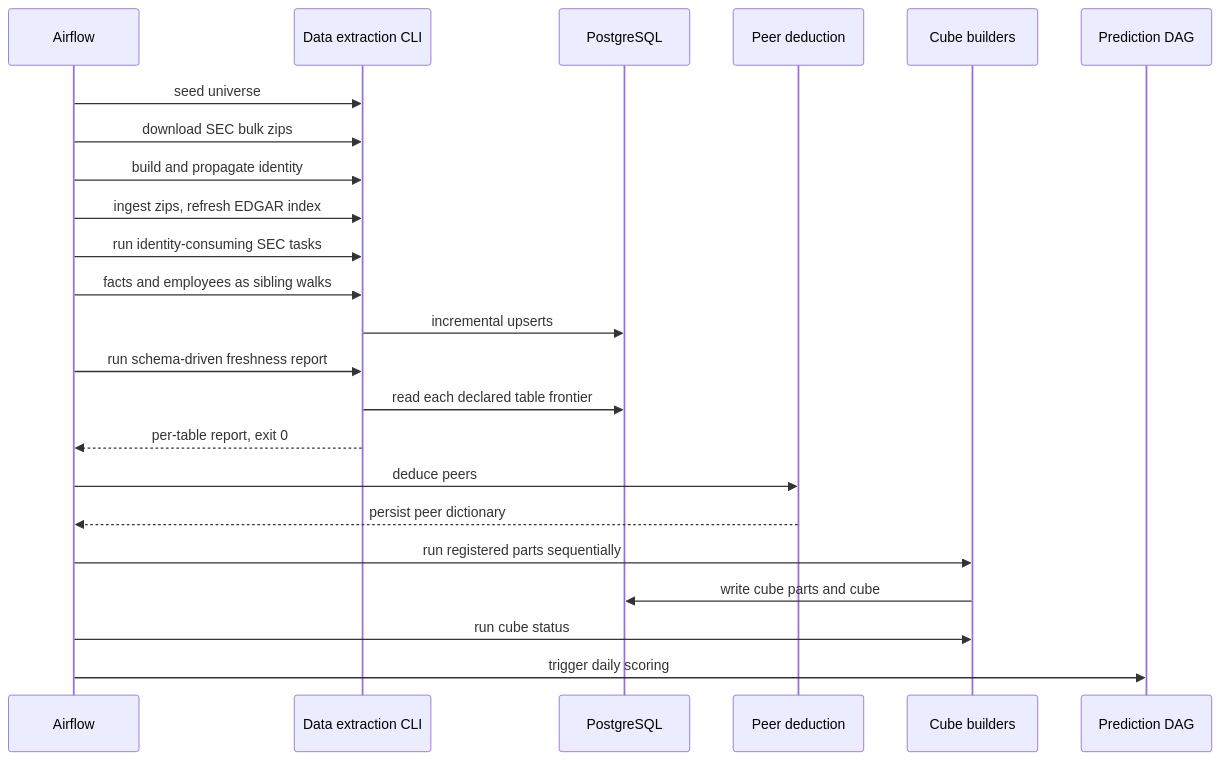
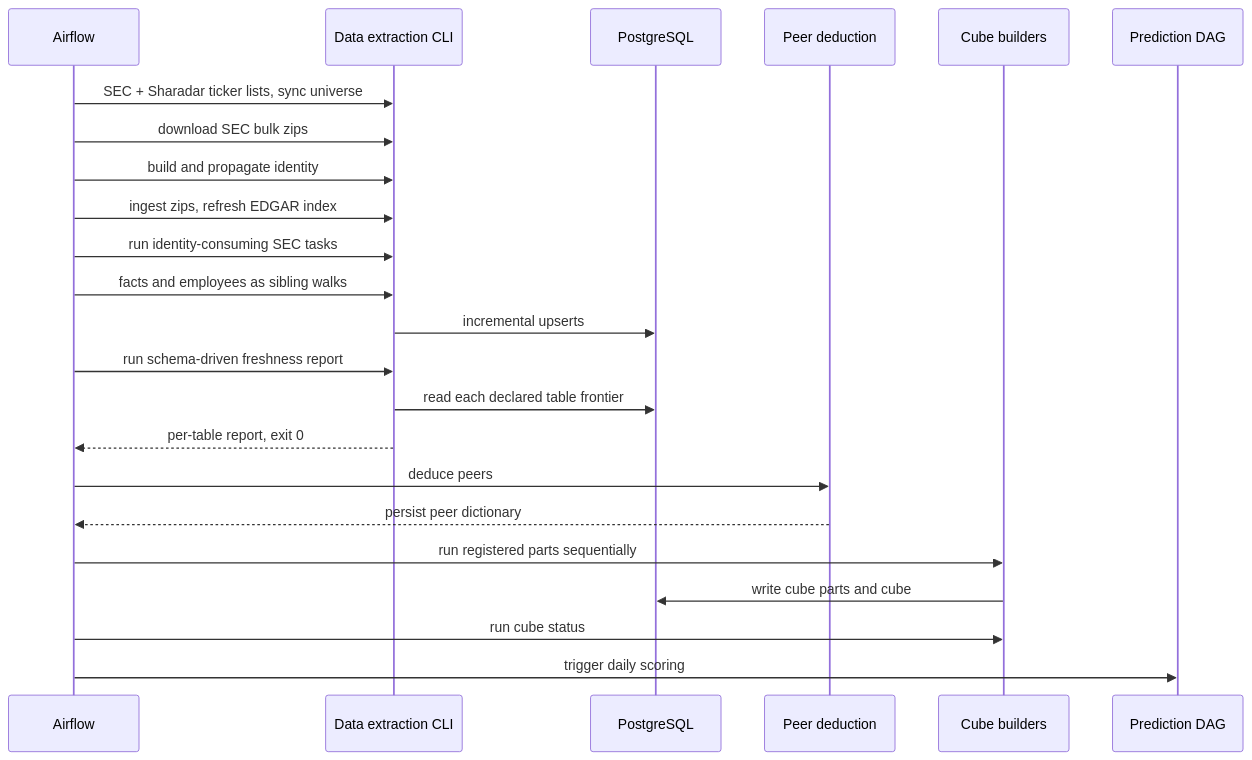
Before and after one commit to alexandredelarrard/PEA: the diagram in wiki/flows/nightly-data-refresh.md, drawn with Mermaid. The commit also changed 34 other files, not shown here.

First line of the commit message:
feat(universe): StepExtractUniverse; GICS in universe.yml, CIK and name from the SEC list, no Wikipedia

```diff
--- a/wiki/flows/nightly-data-refresh.md
+++ b/wiki/flows/nightly-data-refresh.md
@@ -21,25 +21,25 @@
 ~~~mermaid
 sequenceDiagram
   participant Airflow
   participant Extract as Data extraction CLI
   participant Store as PostgreSQL
   participant Peers as Peer deduction
   participant Cube as Cube builders
   participant Predict as Prediction DAG
-  Airflow->>Extract: seed universe
+  Airflow->>Extract: SEC + Sharadar ticker lists, sync universe
   Airflow->>Extract: download SEC bulk zips
   Airflow->>Extract: build and propagate identity
   Airflow->>Extract: ingest zips, refresh EDGAR index
   Airflow->>Extract: run identity-consuming SEC tasks
   Airflow->>Extract: facts and employees as sibling walks
   Extract->>Store: incremental upserts
   Airflow->>Extract: run schema-driven freshness report
   Extract->>Store: read each declared table frontier
   Extract-->>Airflow: per-table report, exit 0
   Airflow->>Peers: deduce peers
   Peers-->>Airflow: persist peer dictionary
   Airflow->>Cube: run registered parts sequentially
   Cube->>Store: write cube parts and cube
   Airflow->>Cube: run cube status
   Airflow->>Predict: trigger daily scoring
 ~~~
```
